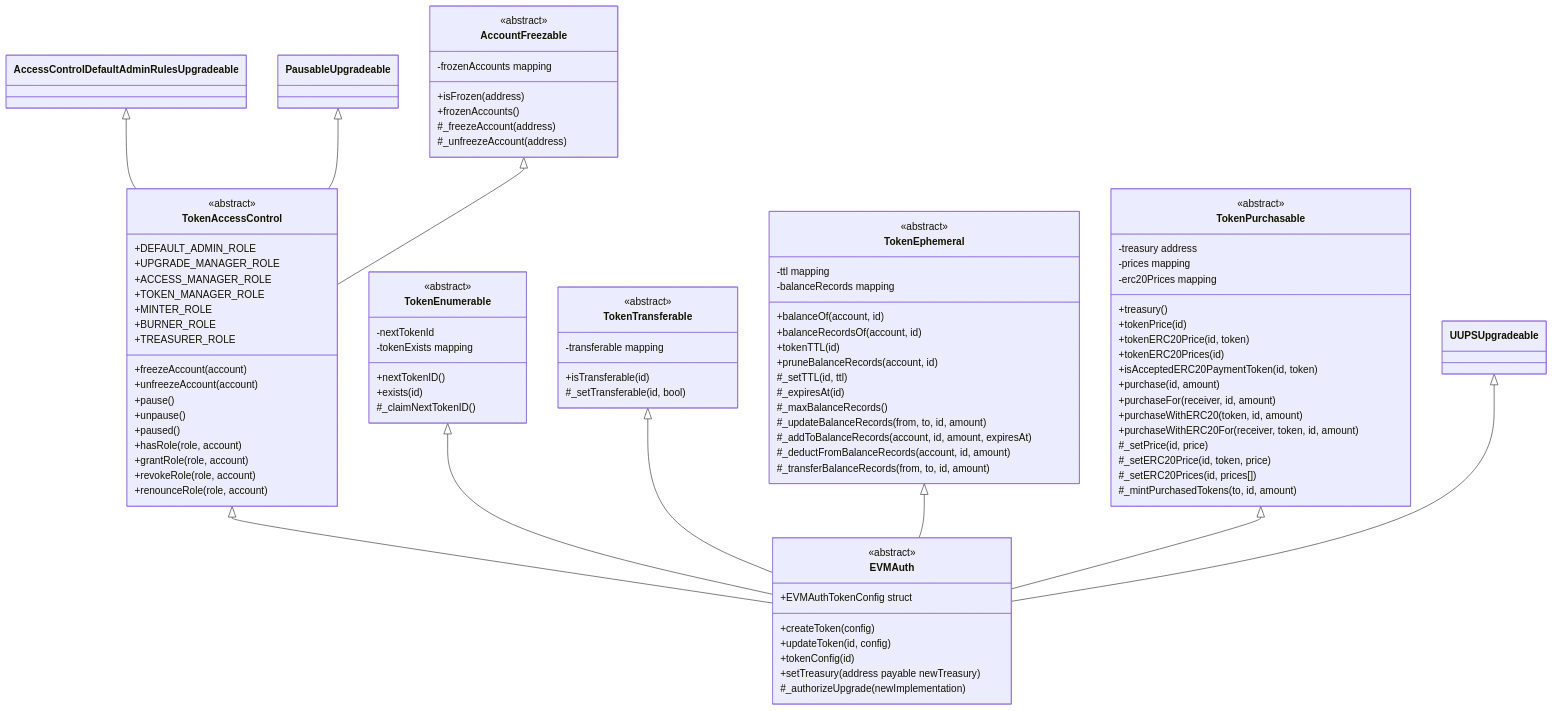
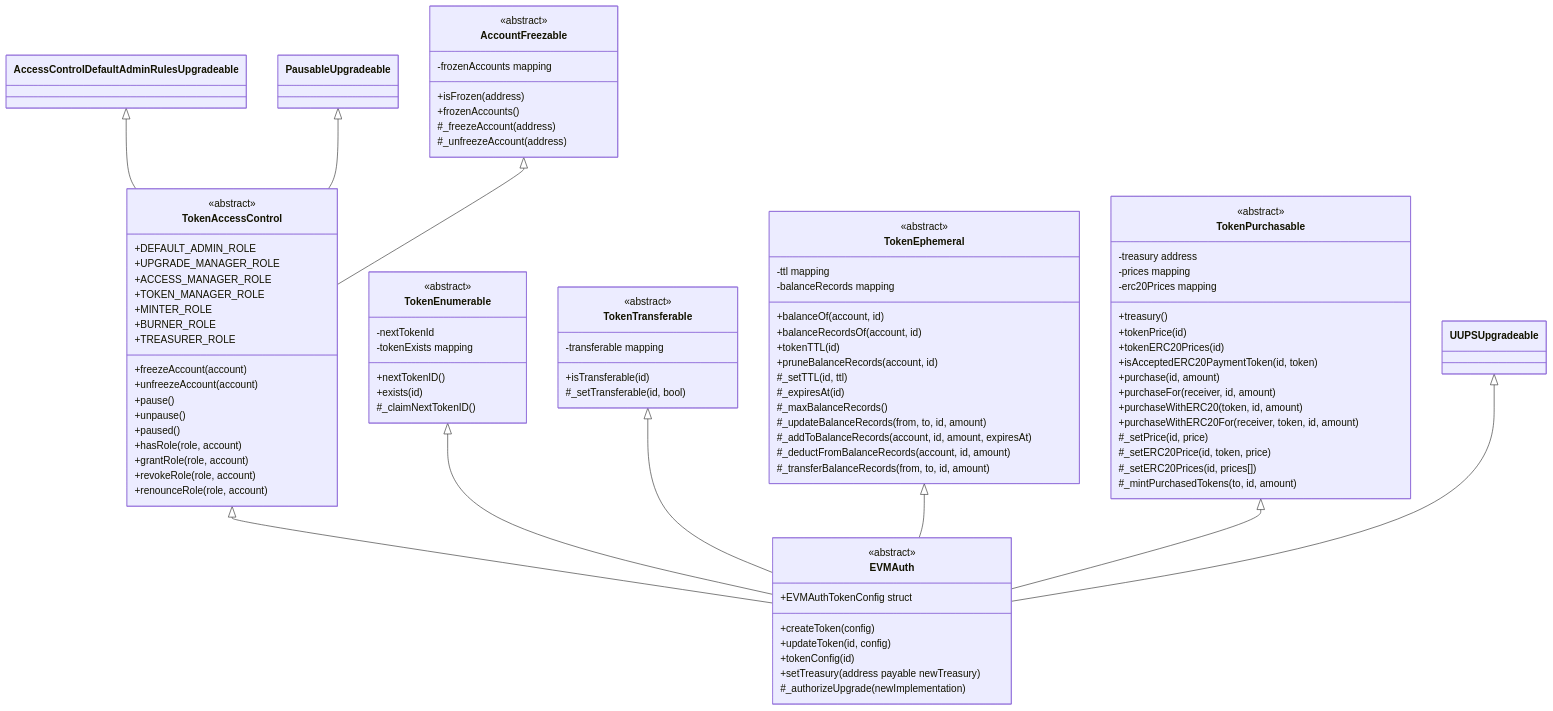
The first of 3 diagrams in README.md (glanzz/evmauth-core), drawn with Mermaid before and after one commit. The commit also changed other lines of this file and 13 other files, not shown here.

```diff
--- a/README.md
+++ b/README.md
@@ -153,9 +153,9 @@
         +TREASURER_ROLE
         +freezeAccount(account)
         +unfreezeAccount(account)
-        <<inherited from Pausable>>
         +pause()
         +unpause()
+        <<inherited from Pausable>>
         +paused()
         <<inherited from AccessControl>>
         +hasRole(role, account)
@@ -213,7 +213,6 @@
         -erc20Prices mapping
         +treasury()
         +tokenPrice(id)
-        +tokenERC20Price(id, token)
         +tokenERC20Prices(id)
         +isAcceptedERC20PaymentToken(id, token)
         +purchase(id, amount)
```
